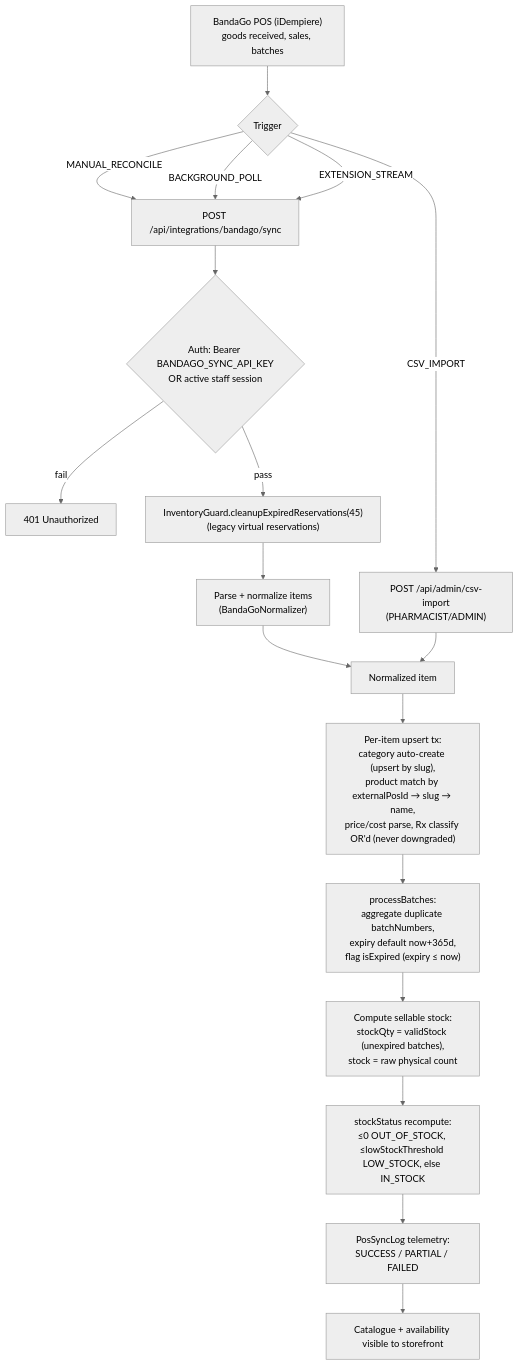
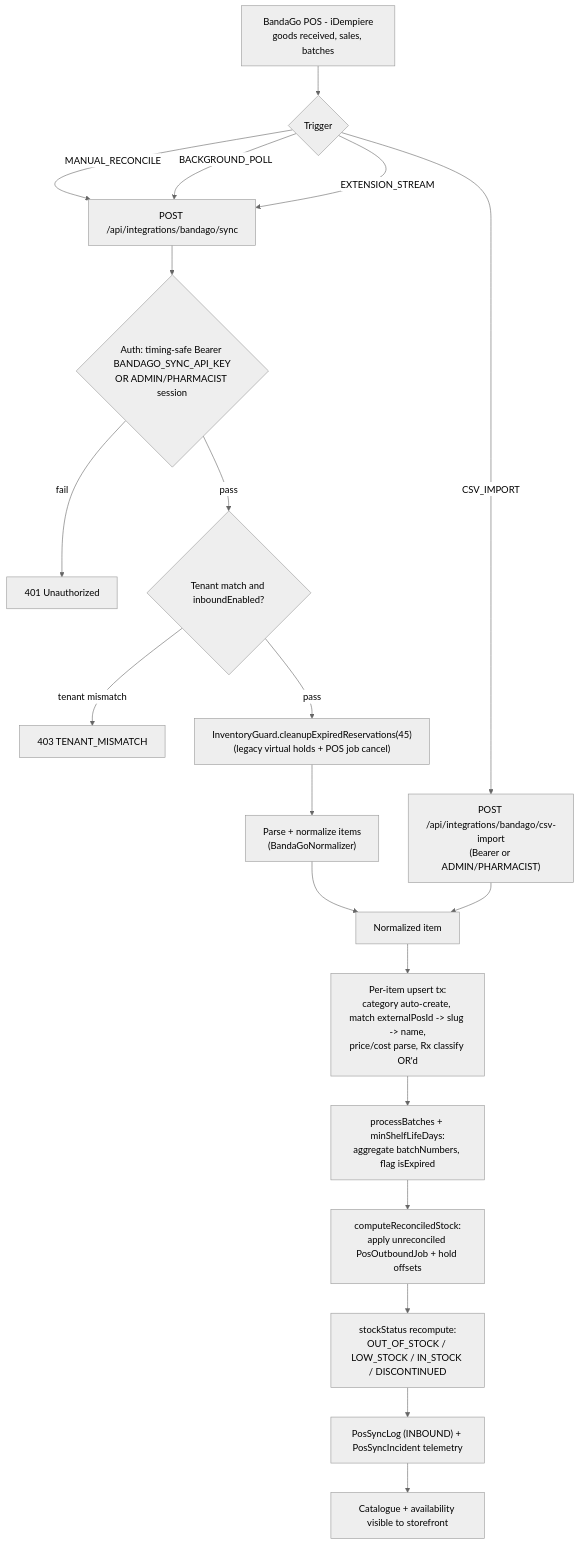
One commit to Elvinoacer/sphere_pharmacy changed the diagram in docs/workflows/inventory-lifecycle.md. Above: the diagram before and after it, drawn with Mermaid (neutral theme). The commit also changed other lines of this file and 47 other files, not shown here.

Commit message:
docs: sync documentation with portal, BandaGo bidirectional sync, and repo cleanup

````diff
--- a/docs/workflows/inventory-lifecycle.md
+++ b/docs/workflows/inventory-lifecycle.md
@@ -13,20 +13,22 @@
 ```mermaid
 flowchart TD
-    A["BandaGo POS (iDempiere)<br/>goods received, sales, batches"] --> B{"Trigger"}
+    A["BandaGo POS - iDempiere<br/>goods received, sales, batches"] --> B{"Trigger"}
     B -->|"EXTENSION_STREAM"| C["POST /api/integrations/bandago/sync"]
     B -->|"BACKGROUND_POLL"| C
-    B -->|"CSV_IMPORT"| D["POST /api/admin/csv-import<br/>(PHARMACIST/ADMIN)"]
+    B -->|"CSV_IMPORT"| D["POST /api/integrations/bandago/csv-import<br/>(Bearer or ADMIN/PHARMACIST)"]
     B -->|"MANUAL_RECONCILE"| C
     D --> N
-    C --> E{"Auth: Bearer BANDAGO_SYNC_API_KEY<br/>OR active staff session"}
+    C --> E{"Auth: timing-safe Bearer BANDAGO_SYNC_API_KEY<br/>OR ADMIN/PHARMACIST session"}
     E -- fail --> X1["401 Unauthorized"]
-    E -- pass --> F["InventoryGuard.cleanupExpiredReservations(45)<br/>(legacy virtual reservations)"]
+    E -- pass --> POL{"Tenant match and inboundEnabled?"}
+    POL -- "tenant mismatch" --> X2["403 TENANT_MISMATCH"]
+    POL -- pass --> F["InventoryGuard.cleanupExpiredReservations(45)<br/>(legacy virtual holds + POS job cancel)"]
     F --> G["Parse + normalize items<br/>(BandaGoNormalizer)"]
     G --> N["Normalized item"]
-    N --> H["Per-item upsert tx:<br/>category auto-create (upsert by slug),<br/>product match by externalPosId → slug → name,<br/>price/cost parse, Rx classify OR'd (never downgraded)"]
-    H --> I["processBatches:<br/>aggregate duplicate batchNumbers,<br/>expiry default now+365d,<br/>flag isExpired (expiry ≤ now)"]
-    I --> J["Compute sellable stock:<br/>stockQty = validStock (unexpired batches),<br/>stock = raw physical count"]
-    J --> K["stockStatus recompute:<br/>≤0 OUT_OF_STOCK, ≤lowStockThreshold LOW_STOCK, else IN_STOCK"]
-    K --> L["PosSyncLog telemetry:<br/>SUCCESS / PARTIAL / FAILED"]
+    N --> H["Per-item upsert tx:<br/>category auto-create, match externalPosId -> slug -> name,<br/>price/cost parse, Rx classify OR'd"]
+    H --> I["processBatches + minShelfLifeDays:<br/>aggregate batchNumbers, flag isExpired"]
+    I --> J["computeReconciledStock:<br/>apply unreconciled PosOutboundJob + hold offsets"]
+    J --> K["stockStatus recompute:<br/>OUT_OF_STOCK / LOW_STOCK / IN_STOCK / DISCONTINUED"]
+    K --> L["PosSyncLog (INBOUND) + PosSyncIncident telemetry"]
     L --> M["Catalogue + availability visible to storefront"]
 ```
````
